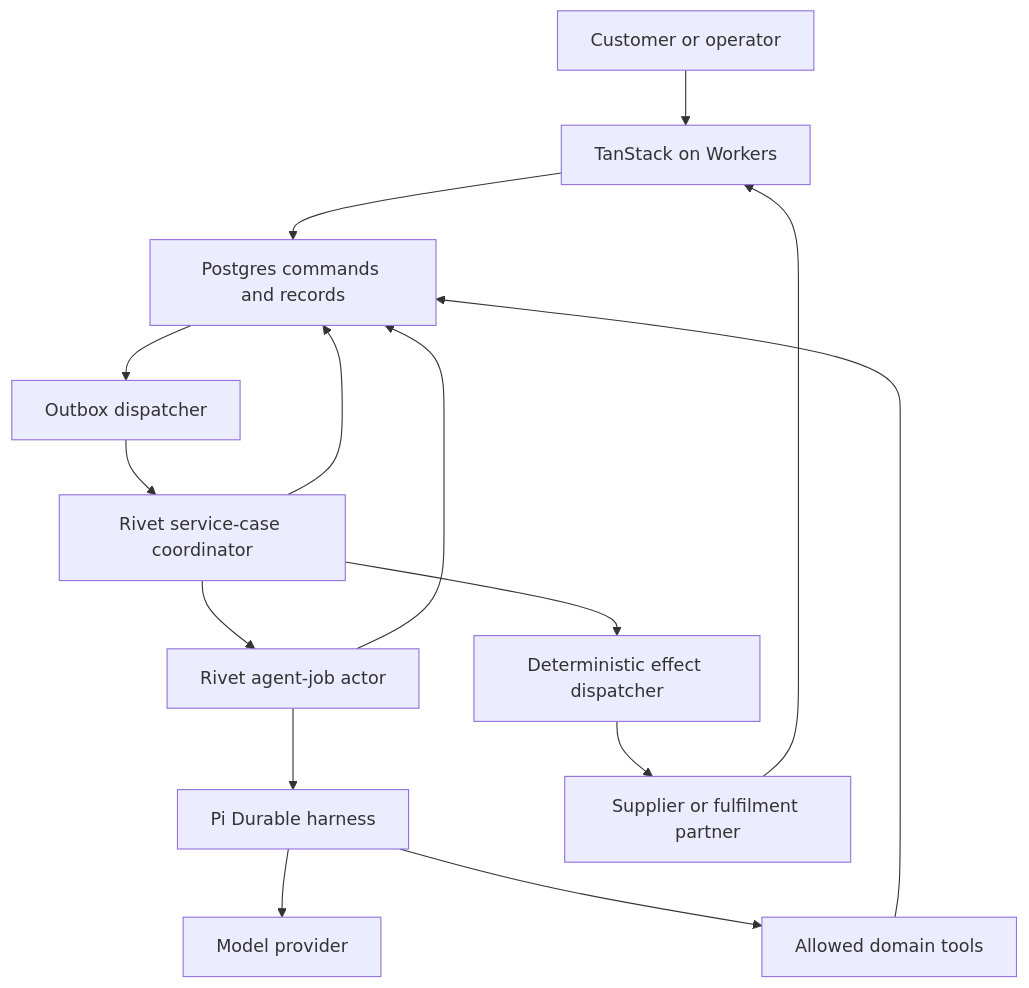
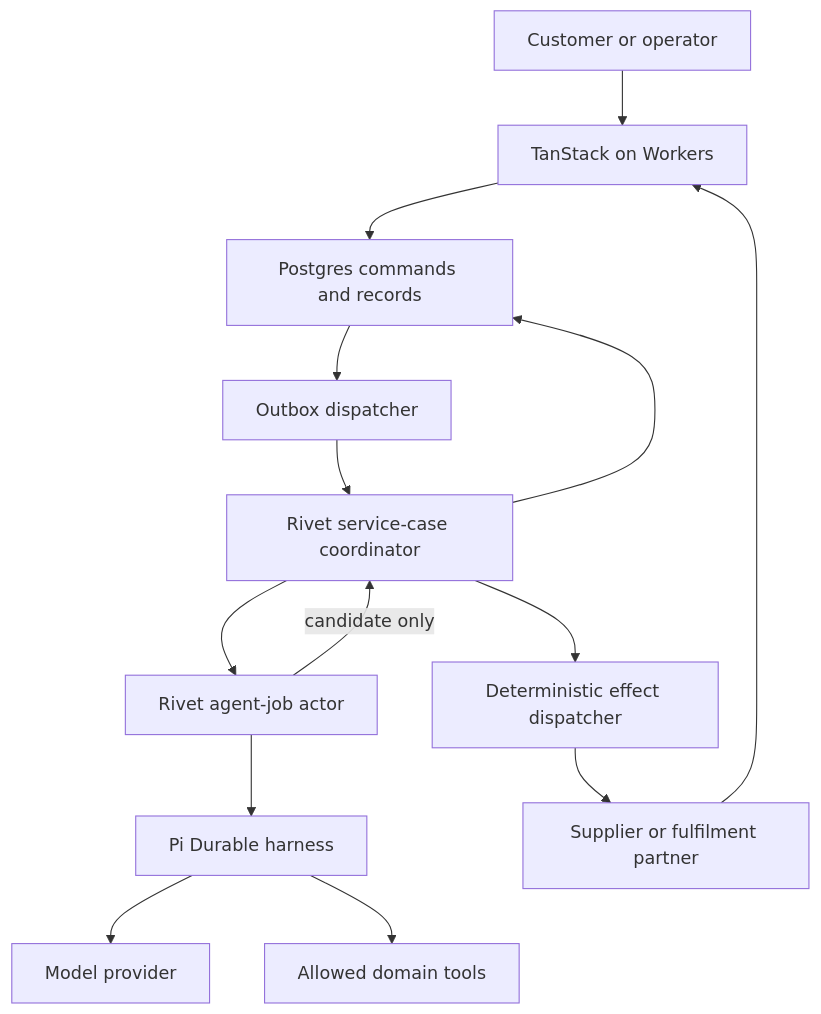
One commit to nextexcite/occavoy changed the second of 3 diagrams in docs/agent-execution.md. Above: the diagram before and after it, drawn with Mermaid. The commit also changed other lines of this file and 11 other files, not shown here.

````diff
--- a/docs/agent-execution.md
+++ b/docs/agent-execution.md
@@ -51,17 +53,16 @@
 ```mermaid
 flowchart TD
     U["Customer or operator"] --> W["TanStack on Workers"]
     W --> D["Postgres commands and records"]
     D --> O["Outbox dispatcher"]
     O --> C["Rivet service-case coordinator"]
     C --> J["Rivet agent-job actor"]
     J --> H["Pi Durable harness"]
     H --> M["Model provider"]
     H --> T["Allowed domain tools"]
-    J --> D
+    J -->|candidate only| C
     C --> E["Deterministic effect dispatcher"]
     E --> S["Supplier or fulfilment partner"]
     S --> W
     C --> D
-    T --> D
 ```
````
